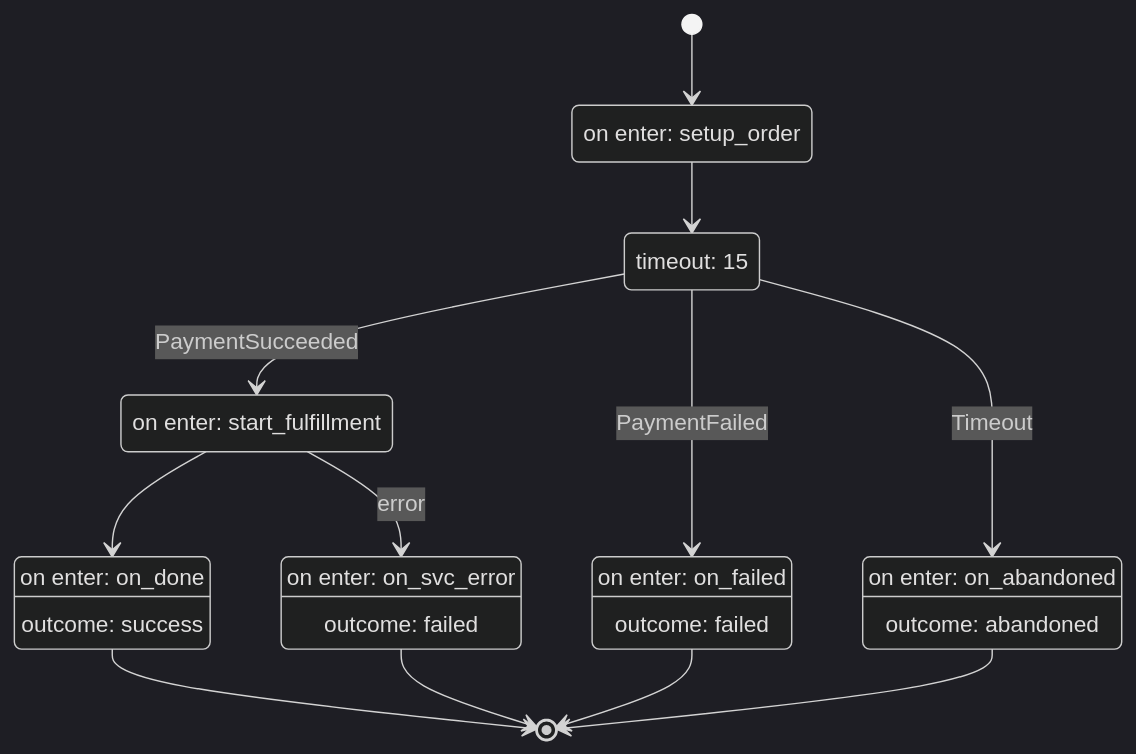
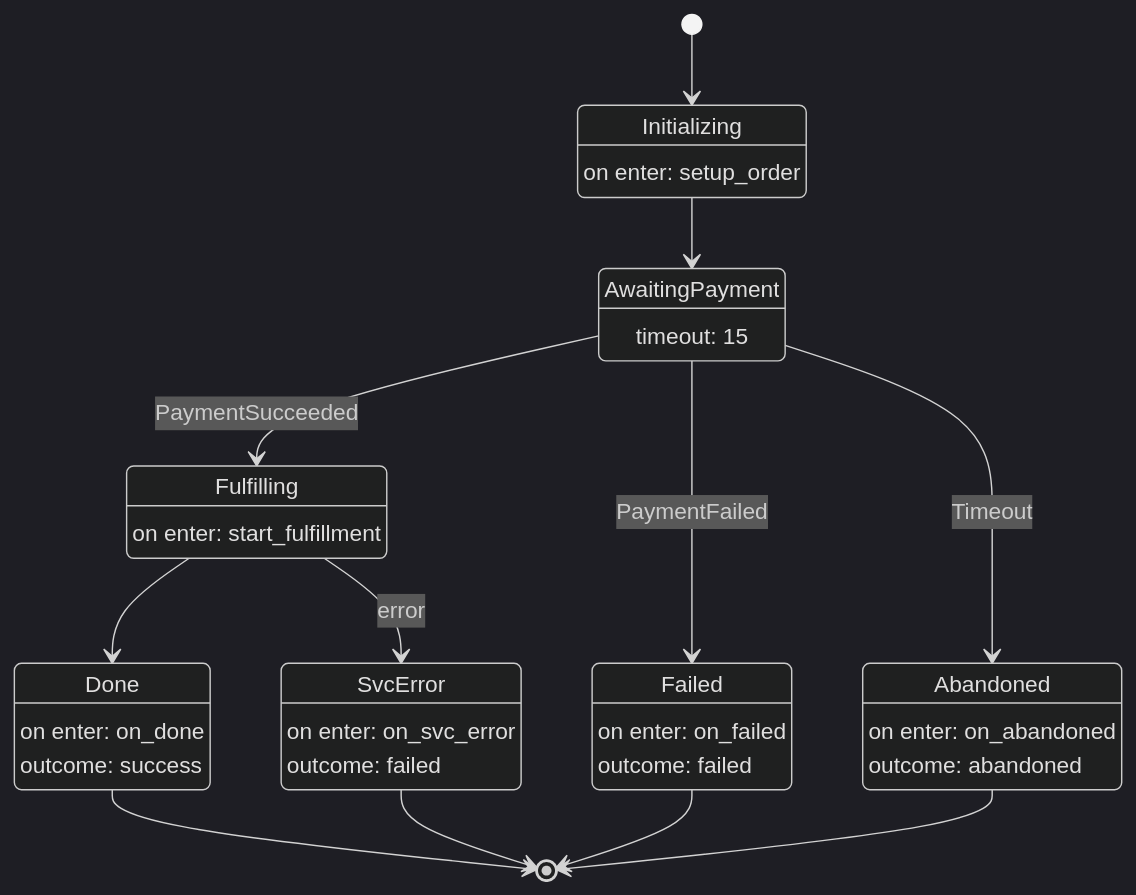
The first of 3 diagrams in docs/examples/webhook_payment.md (acasadom/harel), drawn with Mermaid (dark theme) before and after one commit. The commit also changed 9 other files, not shown here.

````diff
--- a/docs/examples/webhook_payment.md
+++ b/docs/examples/webhook_payment.md
@@ -21,25 +21,32 @@
 ```{mermaid}
 stateDiagram-v2
 [*] --> Initializing
+state "Initializing" as Initializing
 Initializing : on enter#58; setup_order
+state "AwaitingPayment" as AwaitingPayment
 AwaitingPayment : timeout#58; 15
+state "Fulfilling" as Fulfilling
 Fulfilling : on enter#58; start_fulfillment
+state "Done" as Done
 Done : on enter#58; on_done
 Done : outcome#58; success
+state "Failed" as Failed
 Failed : on enter#58; on_failed
 Failed : outcome#58; failed
+state "Abandoned" as Abandoned
 Abandoned : on enter#58; on_abandoned
 Abandoned : outcome#58; abandoned
+state "SvcError" as SvcError
 SvcError : on enter#58; on_svc_error
 SvcError : outcome#58; failed
 Initializing --> AwaitingPayment
 AwaitingPayment --> Fulfilling : PaymentSucceeded
 AwaitingPayment --> Failed : PaymentFailed
 AwaitingPayment --> Abandoned : Timeout
 Fulfilling --> Done
 Fulfilling --> SvcError : error
 Done --> [*]
 Failed --> [*]
 Abandoned --> [*]
 SvcError --> [*]
 ```
````
